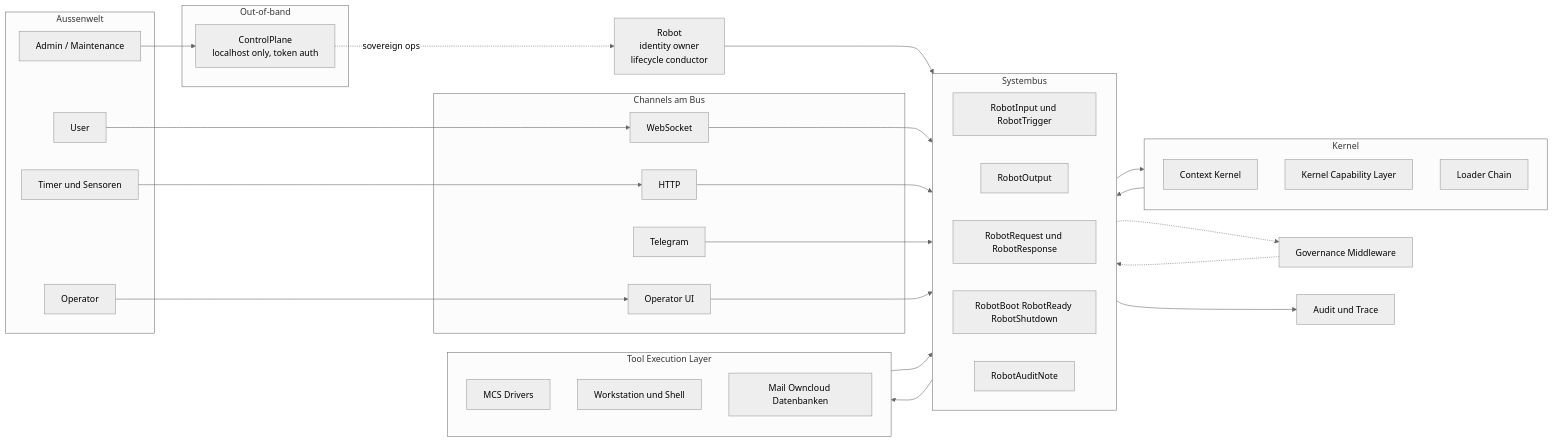
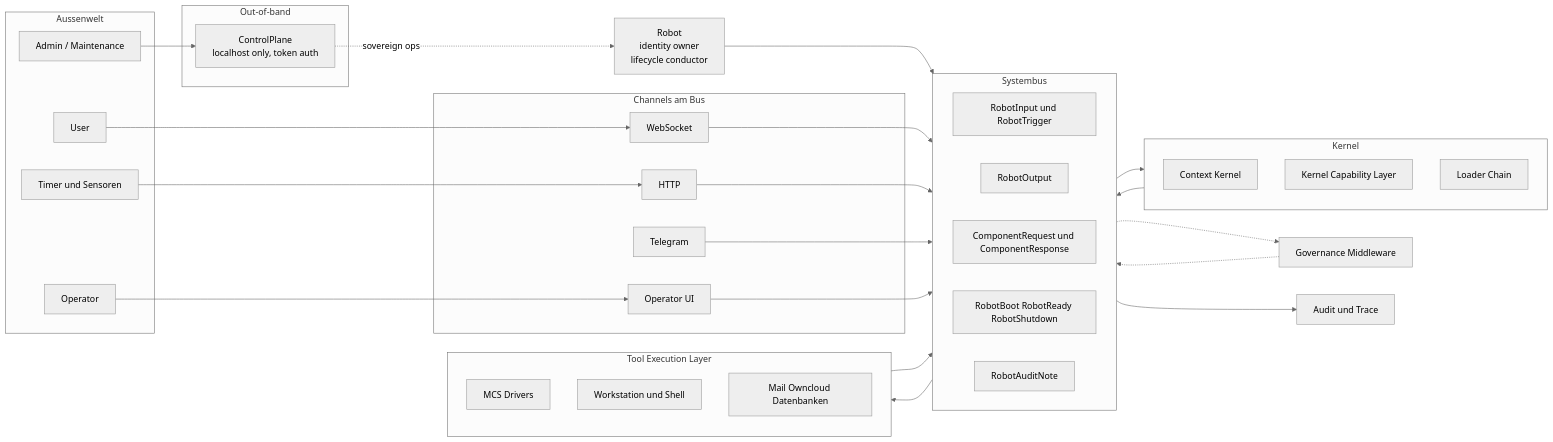
One commit to octaro-ai/cephix changed the diagram in docs/architecture/robot-os-target.md. Above: the diagram before and after it, drawn with Mermaid (neutral theme). The commit also changed other lines of this file and 44 other files, not shown here.

First line of the commit message:
Refactor robot architecture to introduce actor and component request-response model

````diff
--- a/docs/architecture/robot-os-target.md
+++ b/docs/architecture/robot-os-target.md
@@ -32,64 +32,64 @@
 ```mermaid
 flowchart LR
   subgraph external [Aussenwelt]
     user["User"]
     timer["Timer und Sensoren"]
     operator["Operator"]
     admin["Admin / Maintenance"]
   end
 
   subgraph channels [Channels am Bus]
     ws["WebSocket"]
     http["HTTP"]
     tg["Telegram"]
     op["Operator UI"]
   end
 
   subgraph oob [Out-of-band]
     cp["ControlPlane<br/>localhost only, token auth"]
   end
 
   subgraph bus [Systembus]
     direction LR
     topicInput["RobotInput und RobotTrigger"]
     topicOutput["RobotOutput"]
-    topicReqRes["RobotRequest und RobotResponse"]
+    topicReqRes["ComponentRequest und ComponentResponse"]
     topicLifecycle["RobotBoot RobotReady RobotShutdown"]
     topicAudit["RobotAuditNote"]
   end
 
   subgraph kernelSide [Kernel]
     kernel["Context Kernel"]
     capabilities["Kernel Capability Layer"]
     loaders["Loader Chain"]
   end
 
   subgraph world [Tool Execution Layer]
     mcs["MCS Drivers"]
     workstation["Workstation und Shell"]
     integrations["Mail Owncloud Datenbanken"]
   end
 
   governance["Governance Middleware"]
   audit["Audit und Trace"]
 
   user --> ws
   operator --> op
   timer --> http
   admin --> cp
   cp -.->|sovereign ops| robot["Robot<br/>identity owner<br/>lifecycle conductor"]
   robot --> bus
   ws --> bus
   http --> bus
   tg --> bus
   op --> bus
 
   bus --> kernelSide
   kernelSide --> bus
   bus --> world
   world --> bus
 
   bus -.-> governance
   governance -.-> bus
   bus --> audit
 ```
````
